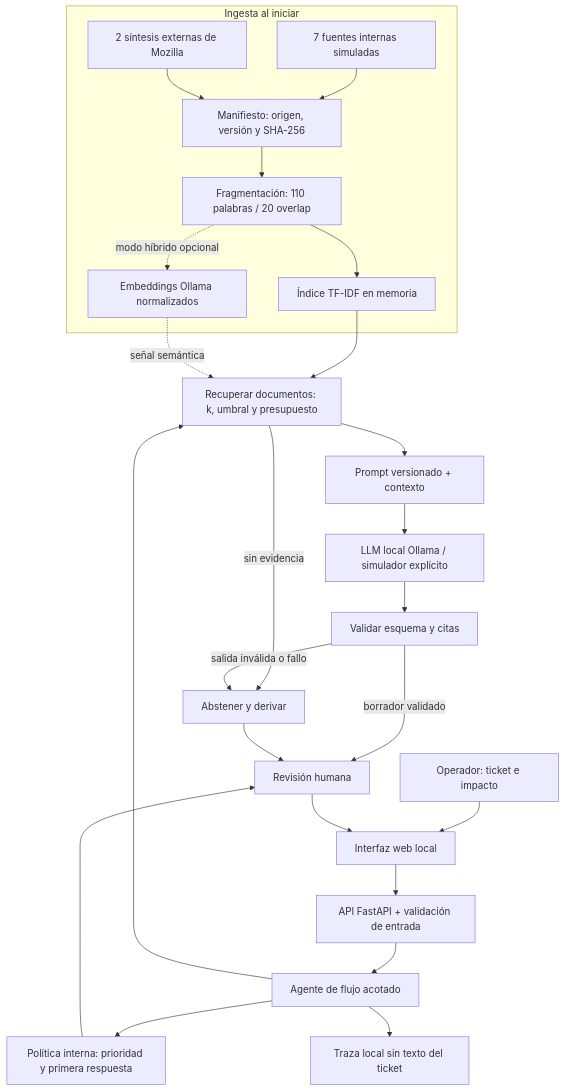
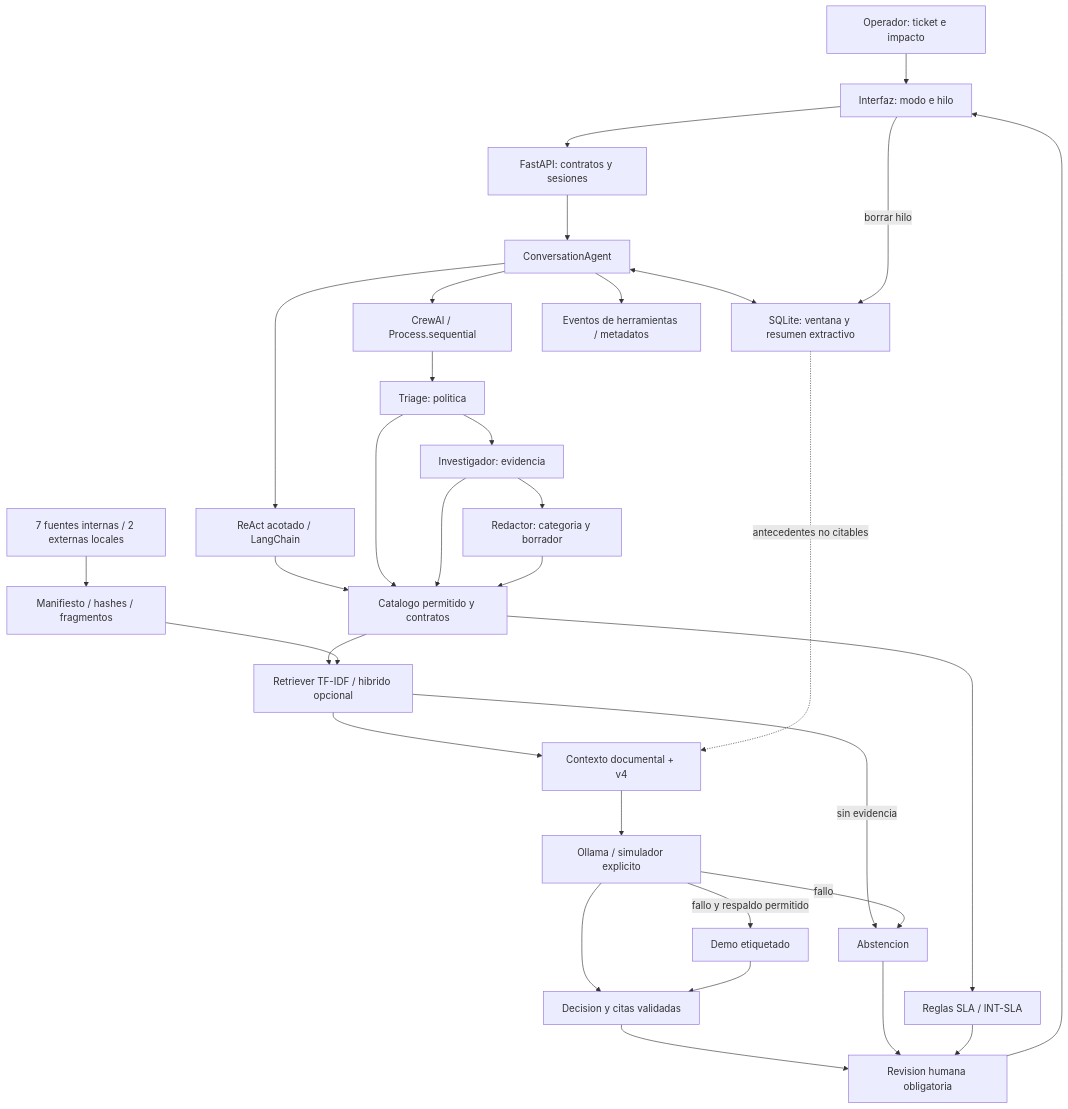
Before and after one commit to Antonellacuvertino/cat-ia: the diagram in docs/arquitectura.mmd, drawn with Mermaid. The commit also changed 60 other files, not shown here.

```diff
--- a/docs/arquitectura.mmd
+++ b/docs/arquitectura.mmd
@@ -1,25 +1,32 @@
 flowchart TB
-    subgraph Ingesta[Ingesta al iniciar]
-      I[7 fuentes internas simuladas] --> M[Manifiesto: origen, versión y SHA-256]
-      E[2 síntesis externas de Mozilla] --> M
-      M --> C[Fragmentación: 110 palabras / 20 overlap]
-      C --> V[Índice TF-IDF en memoria]
-      C -. modo híbrido opcional .-> D[Embeddings Ollama normalizados]
-    end
-    U[Operador: ticket e impacto] --> W[Interfaz web local]
-    W --> A[API FastAPI + validación de entrada]
-    A --> G[Agente de flujo acotado]
-    G --> R[Recuperar documentos: k, umbral y presupuesto]
-    V --> R
-    D -. señal semántica .-> R
-    G --> P[Política interna: prioridad y primera respuesta]
-    R --> X[Prompt versionado + contexto]
-    X --> L[LLM local Ollama / simulador explícito]
-    L --> J[Validar esquema y citas]
-    R -->|sin evidencia| N[Abstener y derivar]
-    J -->|salida inválida o fallo| N
-    J -->|borrador validado| H[Revisión humana]
-    P --> H
+    U[Operador: ticket e impacto] --> UI[Interfaz: modo e hilo]
+    UI --> API[FastAPI: contratos y sesiones]
+    API --> A[ConversationAgent]
+    A <--> MEM[SQLite: ventana y resumen extractivo]
+    A --> R[ReAct acotado / LangChain]
+    A --> C[CrewAI / Process.sequential]
+    C --> T[Triage: politica]
+    T --> I[Investigador: evidencia]
+    I --> D[Redactor: categoria y borrador]
+    R --> TOOLS[Catalogo permitido y contratos]
+    T --> TOOLS
+    I --> TOOLS
+    D --> TOOLS
+    TOOLS --> SLA[Reglas SLA / INT-SLA]
+    TOOLS --> RET[Retriever TF-IDF / hibrido opcional]
+    F[7 fuentes internas / 2 externas locales] --> ING[Manifiesto / hashes / fragmentos]
+    ING --> RET
+    RET --> CTX[Contexto documental + v4]
+    MEM -. antecedentes no citables .-> CTX
+    CTX --> L[Ollama / simulador explicito]
+    L --> V[Decision y citas validadas]
+    RET -->|sin evidencia| N[Abstencion]
+    L -->|fallo| N
+    L -->|fallo y respaldo permitido| SIM[Demo etiquetado]
+    SIM --> V
+    V --> H[Revision humana obligatoria]
     N --> H
-    H --> W
-    G --> T[Traza local sin texto del ticket]
+    SLA --> H
+    H --> UI
+    A --> LOG[Eventos de herramientas / metadatos]
+    UI -->|borrar hilo| MEM
```
